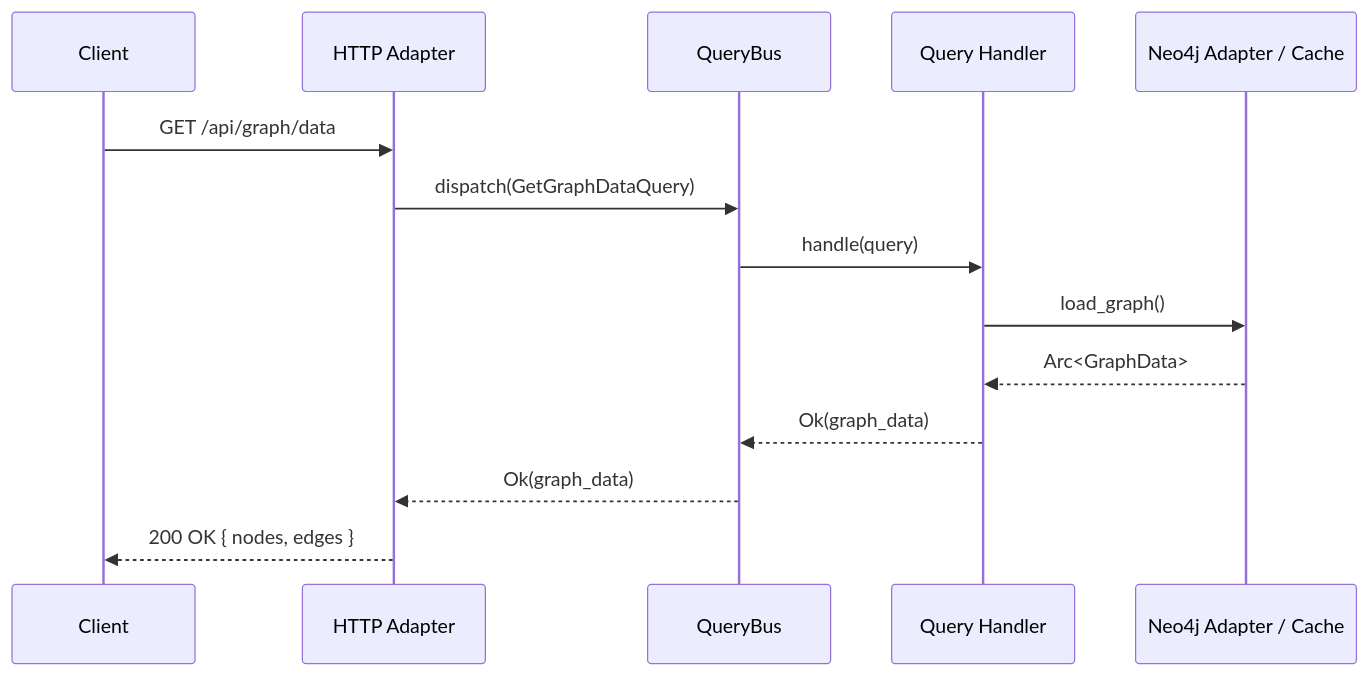
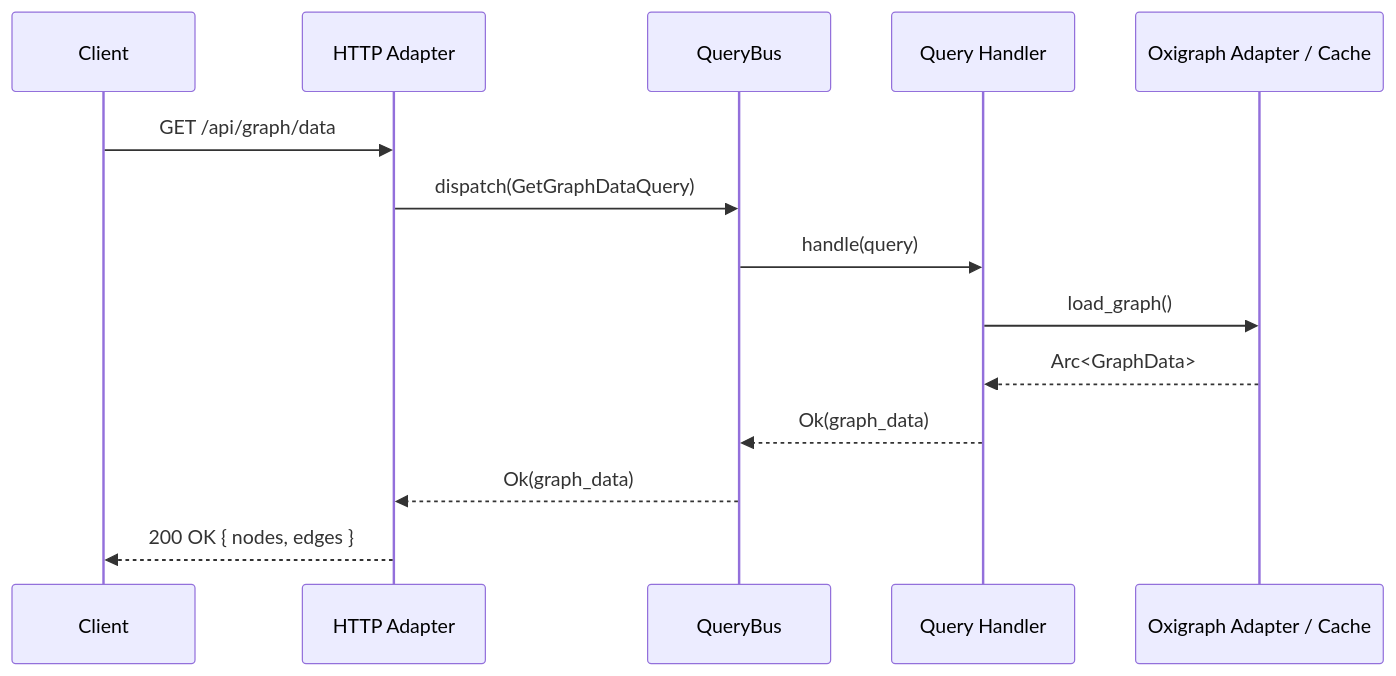
One commit to shaneholloman/logseq-spring-thing changed the fourth of 5 diagrams in docs/explanation/backend-cqrs-pattern.md. Above: the diagram before and after it, drawn with Mermaid. The commit also changed other lines of this file and 58 other files, not shown here.

First line of the commit message:
docs: Neo4j→Oxigraph + webxr→visionclaw alignment, physics controls, health probes

````diff
--- a/docs/explanation/backend-cqrs-pattern.md
+++ b/docs/explanation/backend-cqrs-pattern.md
@@ -364,17 +374,17 @@
 ```mermaid
 sequenceDiagram
     participant Client
     participant HTTP as HTTP Adapter
     participant Bus as QueryBus
     participant Handler as Query Handler
-    participant Repo as Neo4j Adapter / Cache
+    participant Repo as Oxigraph Adapter / Cache
 
     Client->>HTTP: GET /api/graph/data
     HTTP->>Bus: dispatch(GetGraphDataQuery)
     Bus->>Handler: handle(query)
     Handler->>Repo: load_graph()
     Repo-->>Handler: Arc<GraphData>
     Handler-->>Bus: Ok(graph_data)
     Bus-->>HTTP: Ok(graph_data)
     HTTP-->>Client: 200 OK { nodes, edges }
 ```
````
